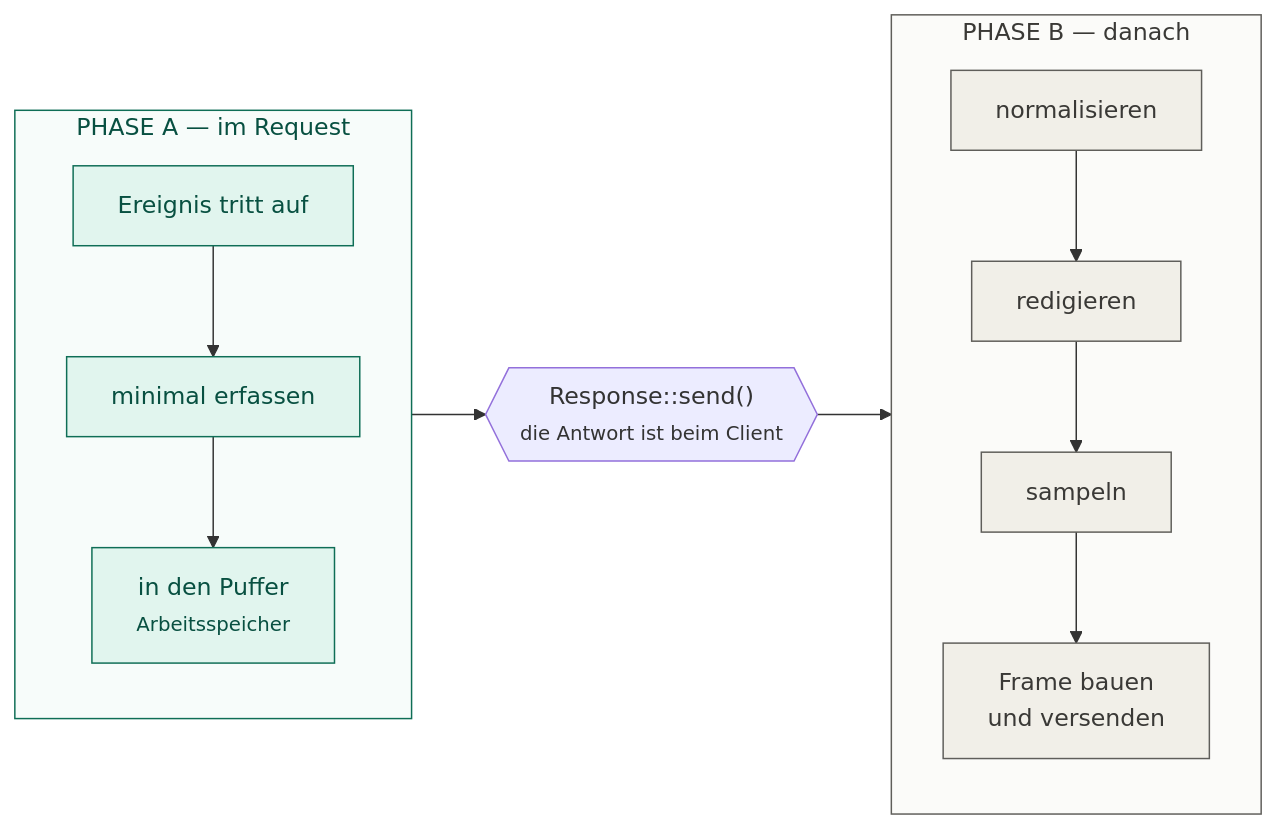
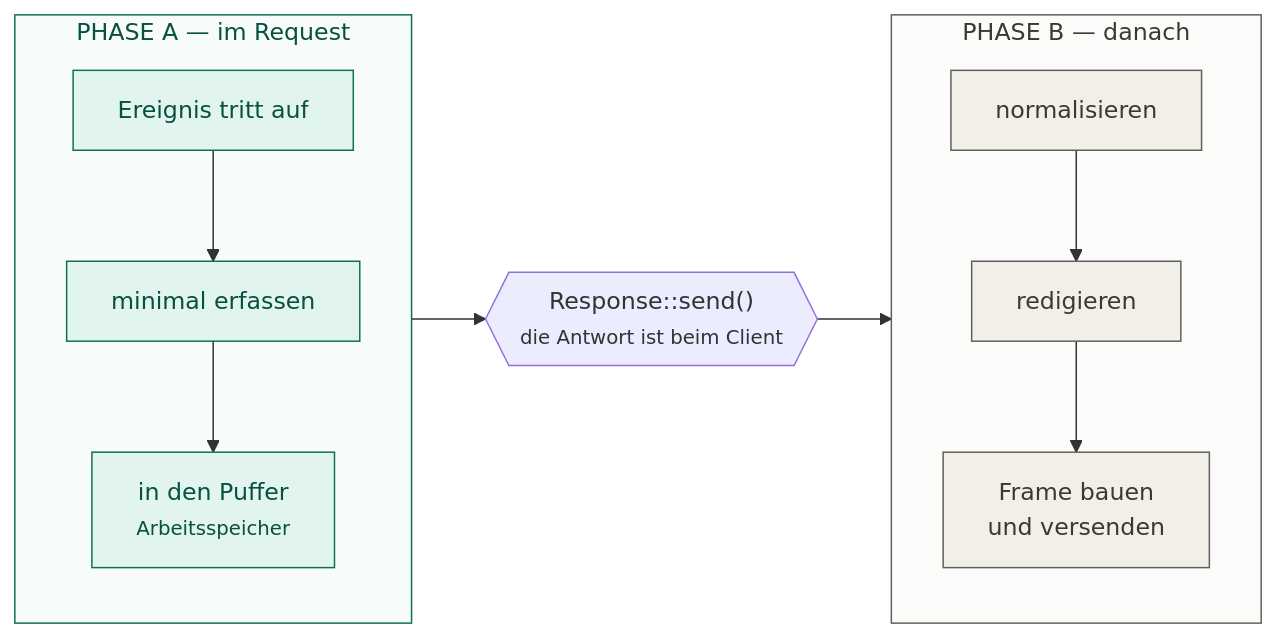
One commit to projektmotor/ids-sensor-bundle changed the second of 2 diagrams in doc/01-ueberblick.md. Above: the diagram before and after it, drawn with Mermaid. The commit also changed 26 other files, not shown here.

````diff
--- a/doc/01-ueberblick.md
+++ b/doc/01-ueberblick.md
@@ -54,30 +54,29 @@
 ```mermaid
 flowchart LR
     subgraph A["PHASE A — im Request"]
         direction TB
         a1["Ereignis tritt auf"]
         a2["minimal erfassen"]
         a3["in den Puffer<br/><small>Arbeitsspeicher</small>"]
         a1 --> a2 --> a3
     end
 
     cut{{"Response::send()<br/><small>die Antwort ist beim Client</small>"}}
 
     subgraph B["PHASE B — danach"]
         direction TB
         b1["normalisieren"]
         b2["redigieren"]
-        b3["sampeln"]
-        b4["Frame bauen<br/>und versenden"]
-        b1 --> b2 --> b3 --> b4
+        b3["Frame bauen<br/>und versenden"]
+        b1 --> b2 --> b3
     end
 
     A --> cut --> B
 
     classDef capture fill:#E1F5EE,stroke:#0F6E56,color:#085041
     classDef transport fill:#F1EFE8,stroke:#5F5E5A,color:#3A3936
     class a1,a2,a3 capture
-    class b1,b2,b3,b4 transport
+    class b1,b2,b3 transport
     style A fill:#F7FCFA,stroke:#0F6E56,color:#085041
     style B fill:#FBFBF9,stroke:#5F5E5A,color:#3A3936
 ```
````
